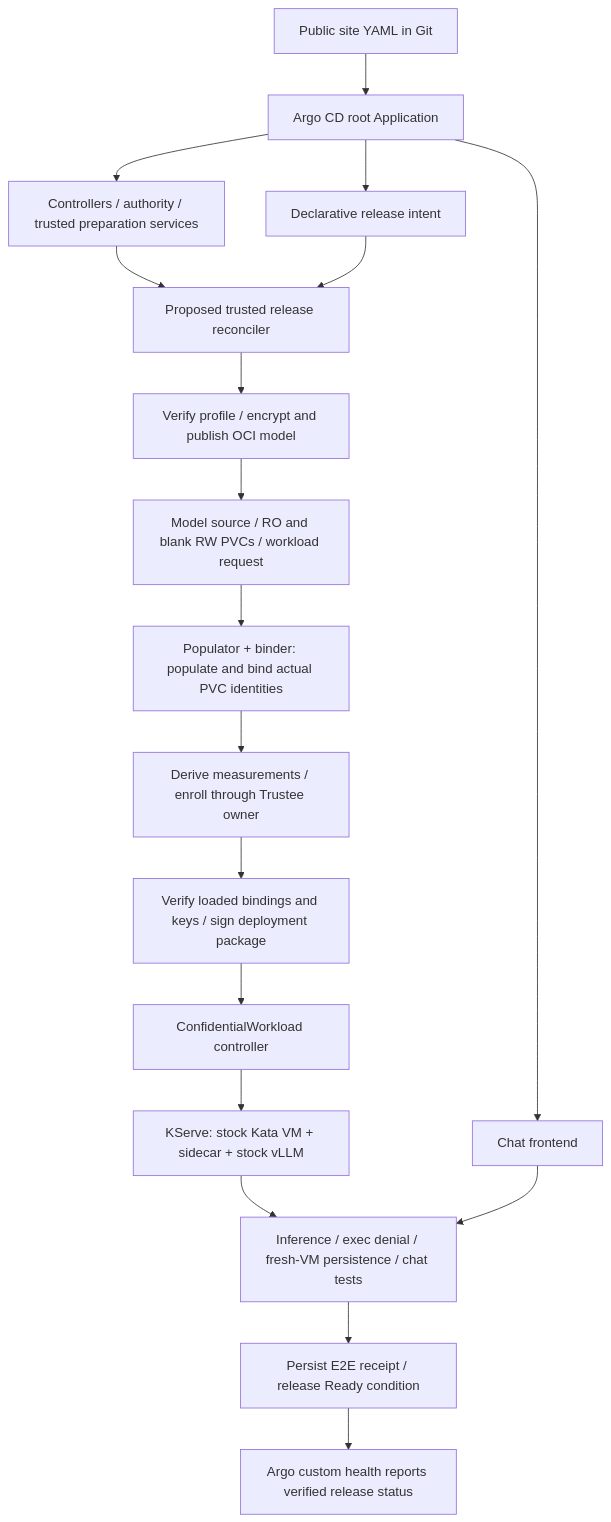
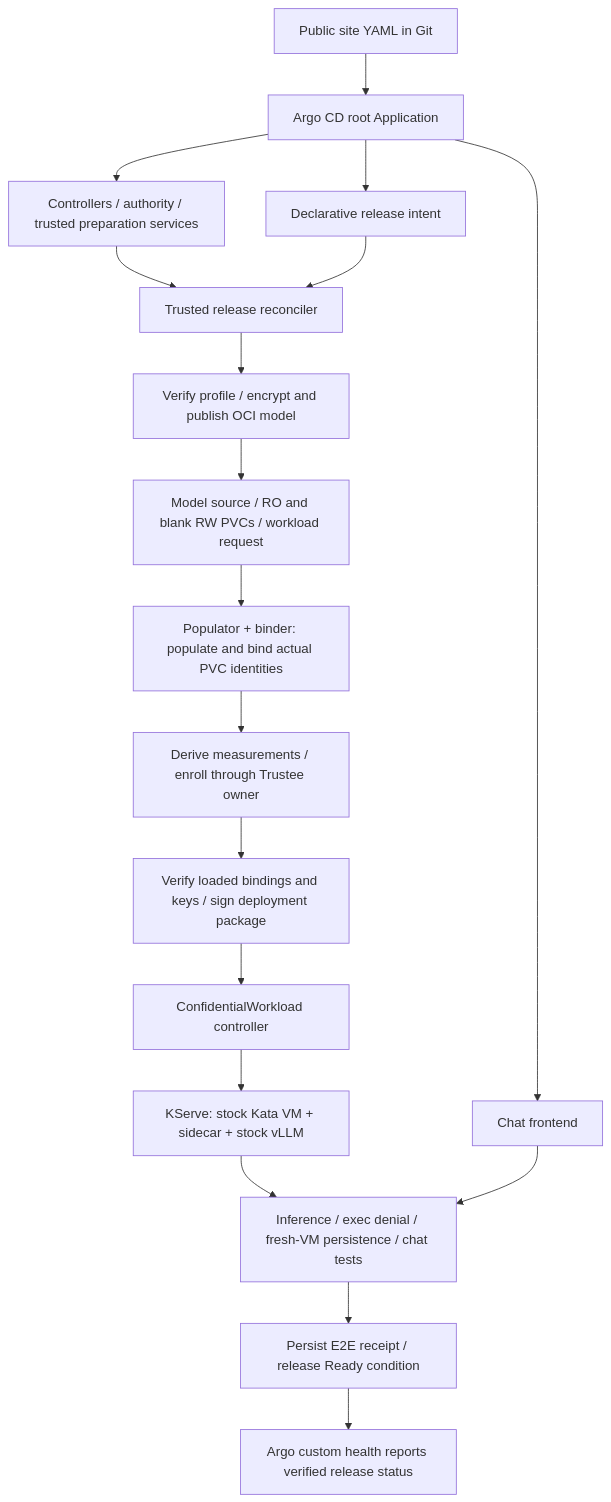
Before and after one commit to pmatouse/confidential-inference-pattern: the diagram in docs/automation.md, drawn with Mermaid. The commit also changed other lines of this file and 25 other files, not shown here.

Commit message:
Add trusted InferenceRelease controller and staged executor

````diff
--- a/docs/automation.md
+++ b/docs/automation.md
@@ -57,20 +60,20 @@
 ```mermaid
 flowchart TD
     Site[Public site YAML in Git] --> Argo[Argo CD root Application]
     Argo --> Foundation[Controllers / authority / trusted preparation services]
     Argo --> Intent[Declarative release intent]
     Argo --> Chat[Chat frontend]
-    Foundation --> Release[Proposed trusted release reconciler]
+    Foundation --> Release[Trusted release reconciler]
     Intent --> Release
     Release --> Prepare[Verify profile / encrypt and publish OCI model]
     Prepare --> Volumes[Model source / RO and blank RW PVCs / workload request]
     Volumes --> Bind[Populator + binder: populate and bind actual PVC identities]
     Bind --> Trust[Derive measurements / enroll through Trustee owner]
     Trust --> Sign[Verify loaded bindings and keys / sign deployment package]
     Sign --> Controller[ConfidentialWorkload controller]
     Controller --> KServe[KServe: stock Kata VM + sidecar + stock vLLM]
     KServe --> Test[Inference / exec denial / fresh-VM persistence / chat tests]
     Chat --> Test
     Test --> Ready[Persist E2E receipt / release Ready condition]
     Ready --> Health[Argo custom health reports verified release status]
 ```
````
